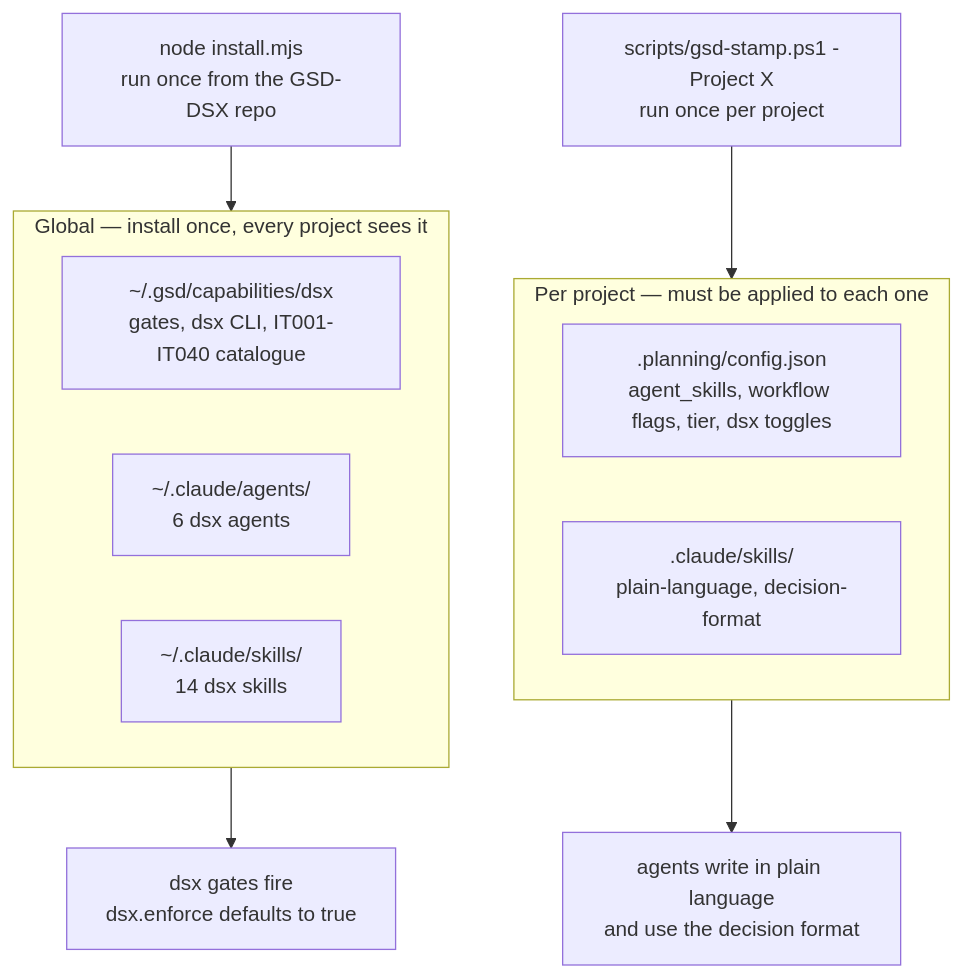
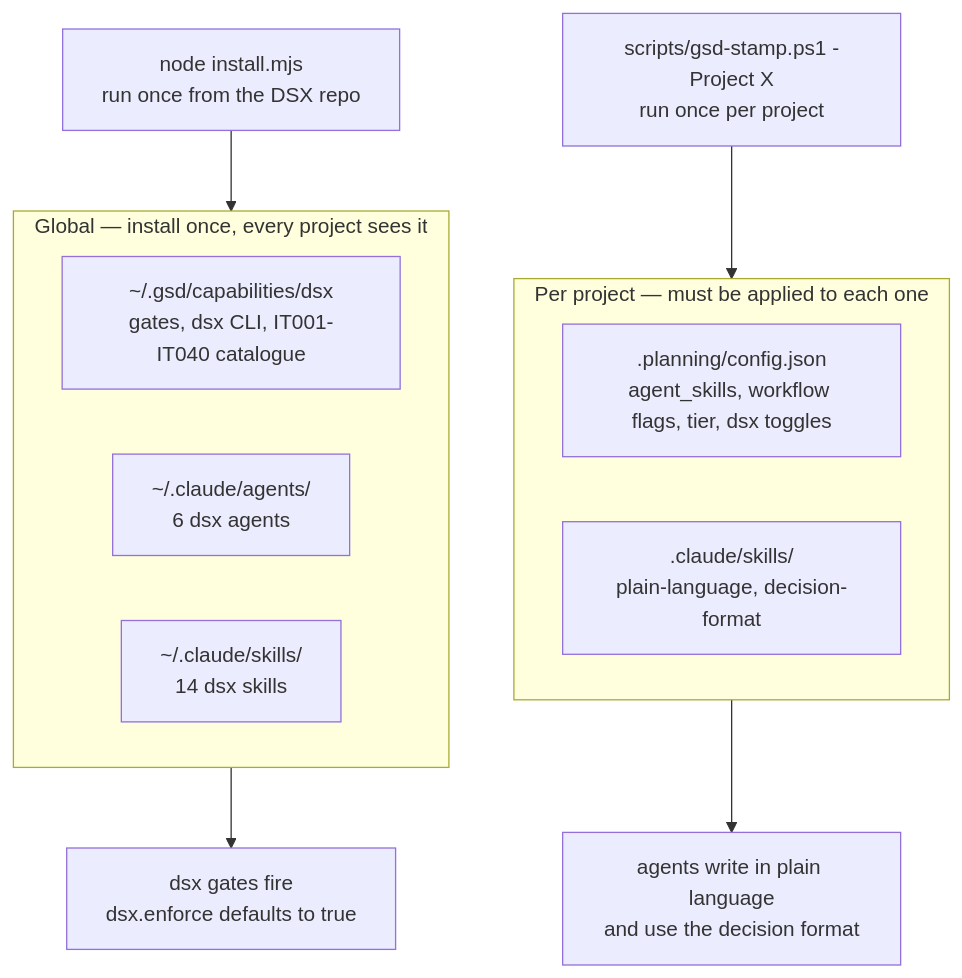
One commit to RafaelBraga-Kribitz/DSX changed the first of 9 diagrams in docs/operating-guide.md. Above: the diagram before and after it, drawn with Mermaid. The commit also changed other lines of this file and 11 other files, not shown here.

First line of the commit message:
rename: gsd-dsx is now DSX — Data Science, eXamined

````diff
--- a/docs/operating-guide.md
+++ b/docs/operating-guide.md
@@ -22,19 +22,19 @@
 ```mermaid
 flowchart TD
     subgraph GLOBAL["Global — install once, every project sees it"]
         A["~/.gsd/capabilities/dsx<br/>gates, dsx CLI, IT001-IT040 catalogue"]
         B["~/.claude/agents/<br/>6 dsx agents"]
         C["~/.claude/skills/<br/>14 dsx skills"]
     end
 
     subgraph PROJECT["Per project — must be applied to each one"]
         D[".planning/config.json<br/>agent_skills, workflow flags, tier, dsx toggles"]
         E[".claude/skills/<br/>plain-language, decision-format"]
     end
 
-    F["node install.mjs<br/>run once from the GSD-DSX repo"] --> GLOBAL
+    F["node install.mjs<br/>run once from the DSX repo"] --> GLOBAL
     G["scripts/gsd-stamp.ps1 -Project X<br/>run once per project"] --> PROJECT
 
     GLOBAL --> H["dsx gates fire<br/>dsx.enforce defaults to true"]
     PROJECT --> I["agents write in plain language<br/>and use the decision format"]
 ```
````
